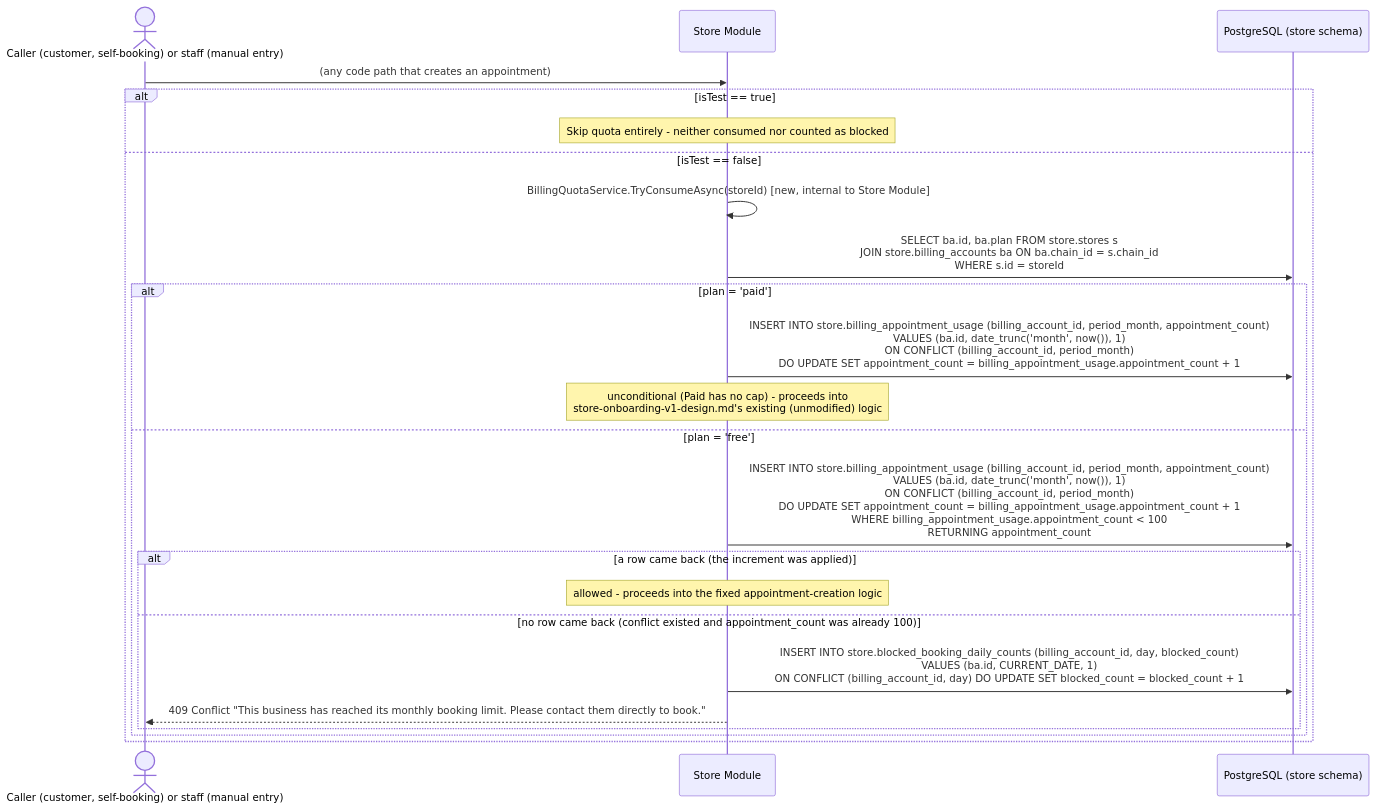
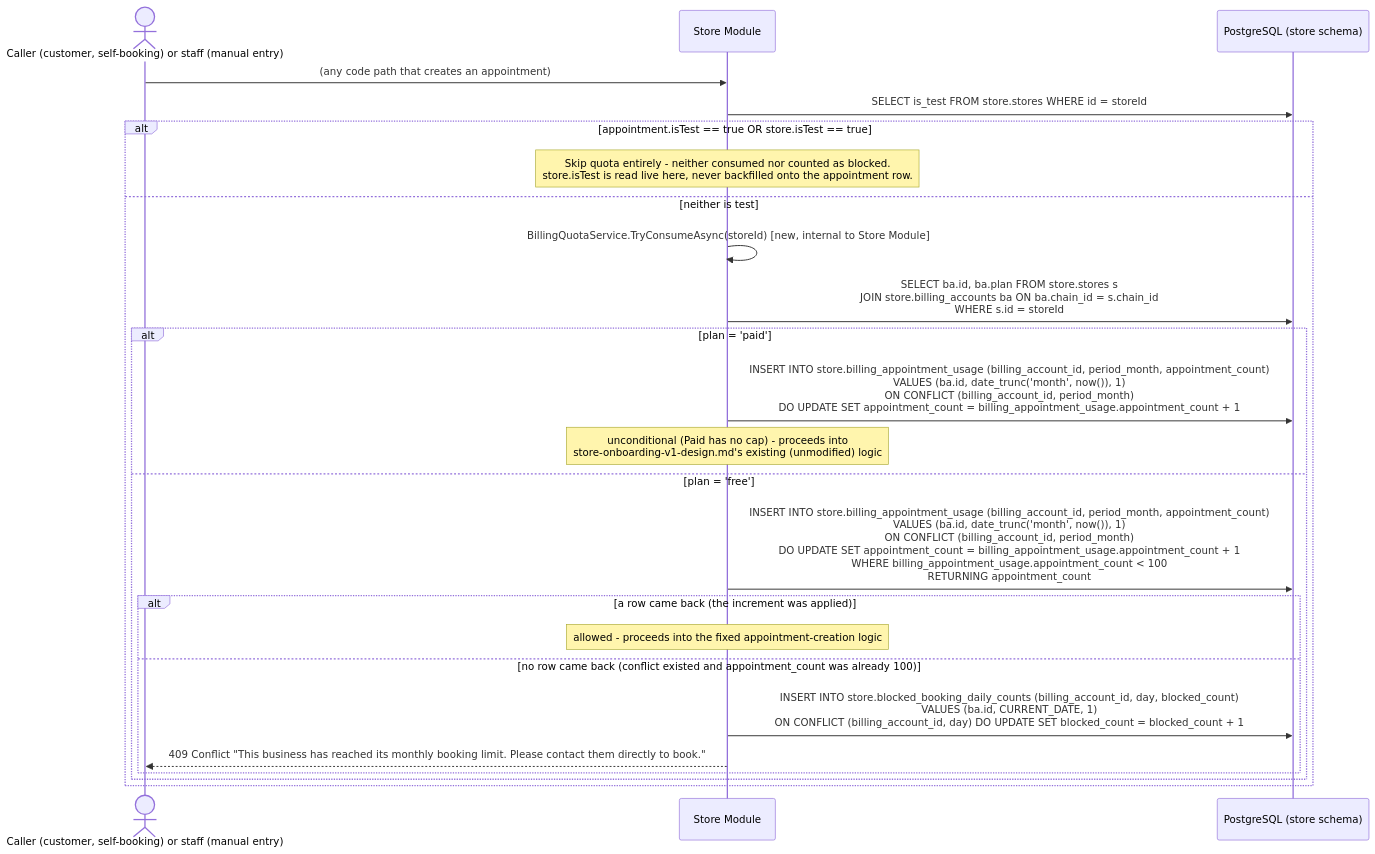
Before and after one commit to szhanggit/appointmentsystemdesign: the second of 6 diagrams in usercasestudy/groway-billing-workflow.md, drawn with Mermaid. The commit also changed other lines of this file and 2 other files, not shown here.

Commit message:
All 3 fixes applied, plus the two stale "~10" seed-count mentions I caught while updating:
1. groway-billing-workflow.md §4.1/§4.2 — quota exemption now checks appointment.is_test OR store.is_test, read live from store.stores at check time (no backfill onto the appointment row); added a cross-reference to beauty-map-postgis-schema-design.md §2d in the relationship list.
2. beauty-map-postgis-schema-design.md §4 — service_is_bookable() now constrains ssa.store_id = sv.store_id inside the EXISTS, closing the cross-store gap.
3. Same file, §3 — added med-aesthetics to the seed taxonomy (now 11 rows), with a comment noting it's a confirmed plan, not speculative.

````diff
--- a/usercasestudy/groway-billing-workflow.md
+++ b/usercasestudy/groway-billing-workflow.md
@@ -86,26 +87,27 @@
 ```mermaid
 sequenceDiagram
     actor C as Caller (customer, self-booking) or staff (manual entry)
     participant SM as Store Module
     participant DB as PostgreSQL (store schema)
 
     C->>SM: (any code path that creates an appointment)
-    alt isTest == true
-        Note over SM: Skip quota entirely - neither consumed nor counted as blocked
-    else isTest == false
+    SM->>DB: SELECT is_test FROM store.stores WHERE id = storeId
+    alt appointment.isTest == true OR store.isTest == true
+        Note over SM: Skip quota entirely - neither consumed nor counted as blocked.<br/>store.isTest is read live here, never backfilled onto the appointment row.
+    else neither is test
         SM->>SM: BillingQuotaService.TryConsumeAsync(storeId) [new, internal to Store Module]
         SM->>DB: SELECT ba.id, ba.plan FROM store.stores s<br/>JOIN store.billing_accounts ba ON ba.chain_id = s.chain_id<br/>WHERE s.id = storeId
         alt plan = 'paid'
             SM->>DB: INSERT INTO store.billing_appointment_usage (billing_account_id, period_month, appointment_count)<br/>VALUES (ba.id, date_trunc('month', now()), 1)<br/>ON CONFLICT (billing_account_id, period_month)<br/>DO UPDATE SET appointment_count = billing_appointment_usage.appointment_count + 1
             Note over SM: unconditional (Paid has no cap) - proceeds into<br/>store-onboarding-v1-design.md's existing (unmodified) logic
         else plan = 'free'
             SM->>DB: INSERT INTO store.billing_appointment_usage (billing_account_id, period_month, appointment_count)<br/>VALUES (ba.id, date_trunc('month', now()), 1)<br/>ON CONFLICT (billing_account_id, period_month)<br/>DO UPDATE SET appointment_count = billing_appointment_usage.appointment_count + 1<br/>WHERE billing_appointment_usage.appointment_count < 100<br/>RETURNING appointment_count
             alt a row came back (the increment was applied)
                 Note over SM: allowed - proceeds into the fixed appointment-creation logic
             else no row came back (conflict existed and appointment_count was already 100)
                 SM->>DB: INSERT INTO store.blocked_booking_daily_counts (billing_account_id, day, blocked_count)<br/>VALUES (ba.id, CURRENT_DATE, 1)<br/>ON CONFLICT (billing_account_id, day) DO UPDATE SET blocked_count = blocked_count + 1
                 SM-->>C: 409 Conflict "This business has reached its monthly booking limit. Please contact them directly to book."
             end
         end
     end
 ```
````
